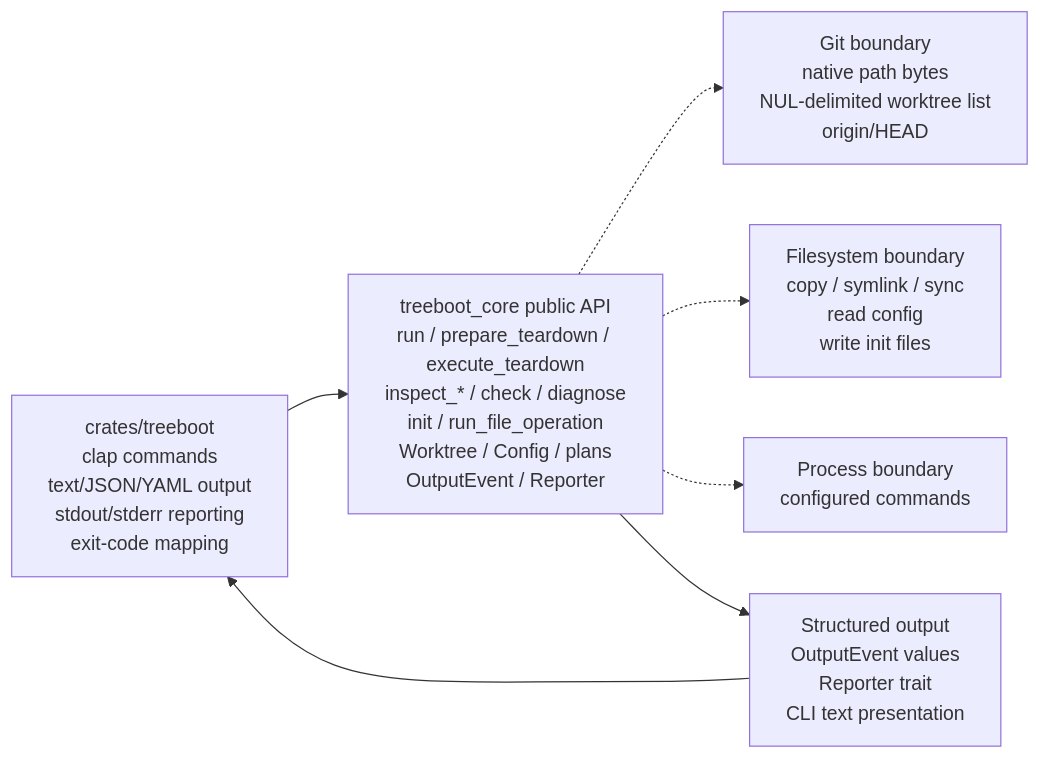
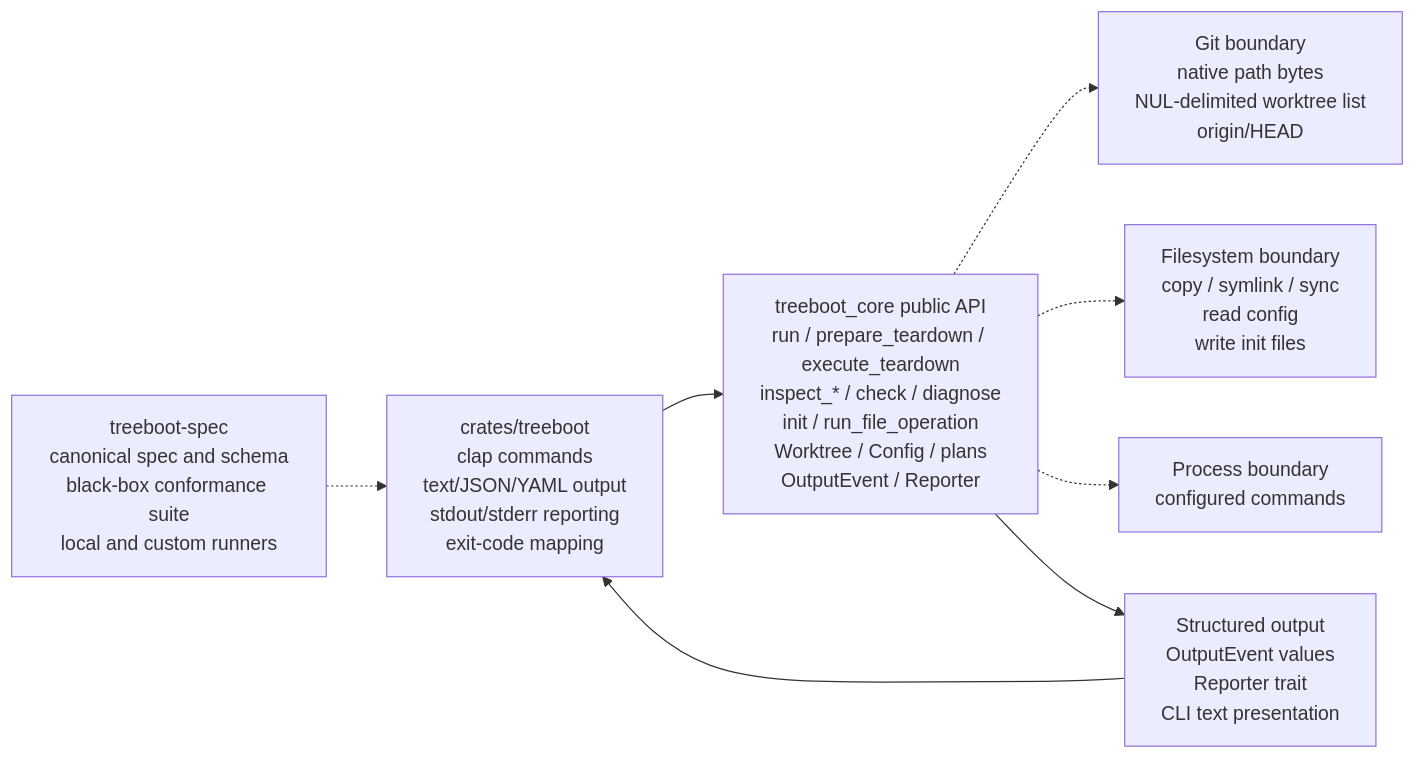
The first of 6 diagrams in docs/ARCHITECTURE.md (jimeh/treeboot), drawn with Mermaid before and after one commit. The commit also changed other lines of this file and 72 other files, not shown here.

First line of the commit message:
feat: add a reusable Treeboot CLI conformance suite (#140)

````diff
--- a/docs/ARCHITECTURE.md
+++ b/docs/ARCHITECTURE.md
@@ -21,16 +22,18 @@
 ```mermaid
 flowchart LR
   CLI["crates/treeboot<br/>clap commands<br/>text/JSON/YAML output<br/>stdout/stderr reporting<br/>exit-code mapping"]
   API["treeboot_core public API<br/>run / prepare_teardown / execute_teardown<br/>inspect_* / check / diagnose<br/>init / run_file_operation<br/>Worktree / Config / plans<br/>OutputEvent / Reporter"]
   GIT["Git boundary<br/>native path bytes<br/>NUL-delimited worktree list<br/>origin/HEAD"]
   FS["Filesystem boundary<br/>copy / symlink / sync<br/>read config<br/>write init files"]
   PROC["Process boundary<br/>configured commands"]
   OUT["Structured output<br/>OutputEvent values<br/>Reporter trait<br/>CLI text presentation"]
+  SPEC["treeboot-spec<br/>canonical spec and schema<br/>black-box conformance suite<br/>local and custom runners"]
 
   CLI --> API
   API -.-> GIT
   API -.-> FS
   API -.-> PROC
   API --> OUT
   OUT --> CLI
+  SPEC -.-> CLI
 ```
````
